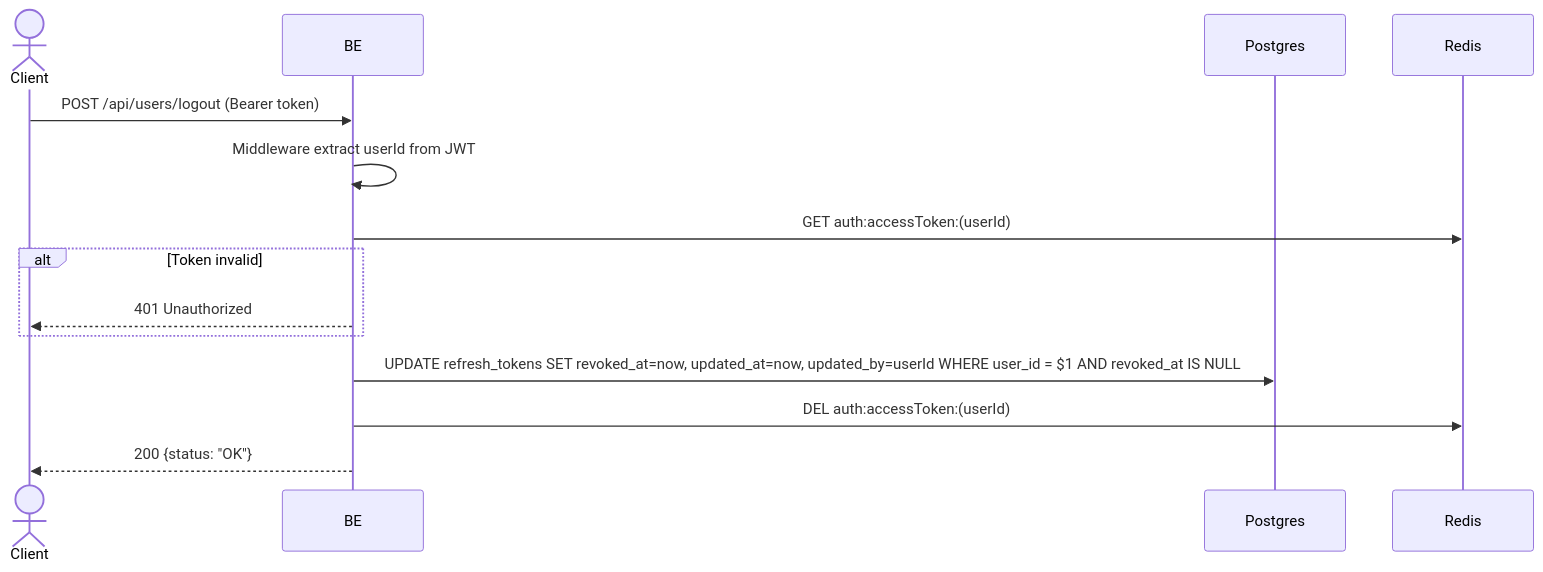
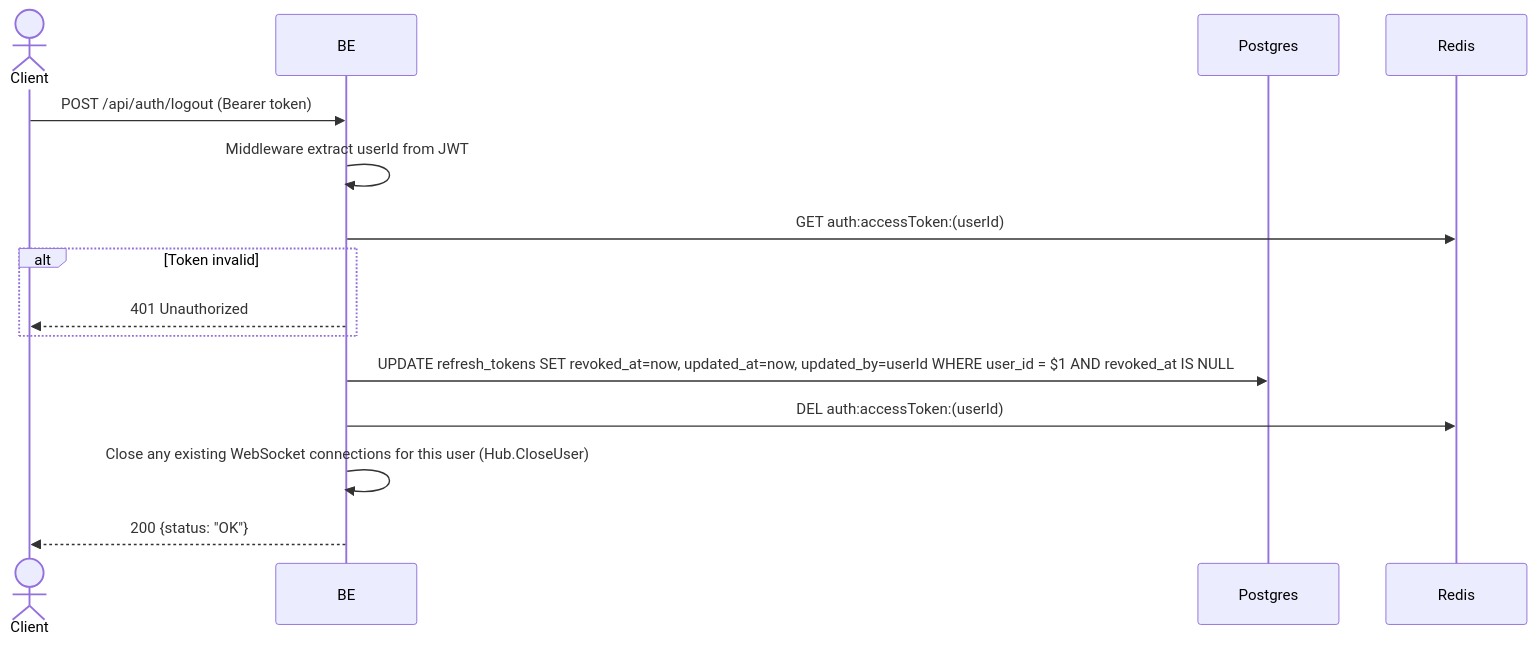
One commit to ferdian3456/virdanproject changed the diagram in docs/flows/en/logout.md. Above: the diagram before and after it, drawn with Mermaid. The commit also changed other lines of this file and 67 other files, not shown here.

First line of the commit message:
Audit and fix API flow docs; add missing Payment/Chat documentation (#42)

````diff
--- a/docs/flows/en/logout.md
+++ b/docs/flows/en/logout.md
@@ -13,17 +13,18 @@
 ```mermaid
 sequenceDiagram
     actor Client
     participant BE
     participant Postgres
     participant Redis
 
-    Client->>BE: POST /api/users/logout (Bearer token)
+    Client->>BE: POST /api/auth/logout (Bearer token)
     BE->>BE: Middleware extract userId from JWT
     BE->>Redis: GET auth:accessToken:(userId)
     alt Token invalid
         BE-->>Client: 401 Unauthorized
     end
     BE->>Postgres: UPDATE refresh_tokens SET revoked_at=now, updated_at=now, updated_by=userId WHERE user_id = $1 AND revoked_at IS NULL
     BE->>Redis: DEL auth:accessToken:(userId)
+    BE->>BE: Close any existing WebSocket connections for this user (Hub.CloseUser)
     BE-->>Client: 200 {status: "OK"}
 ```
````
